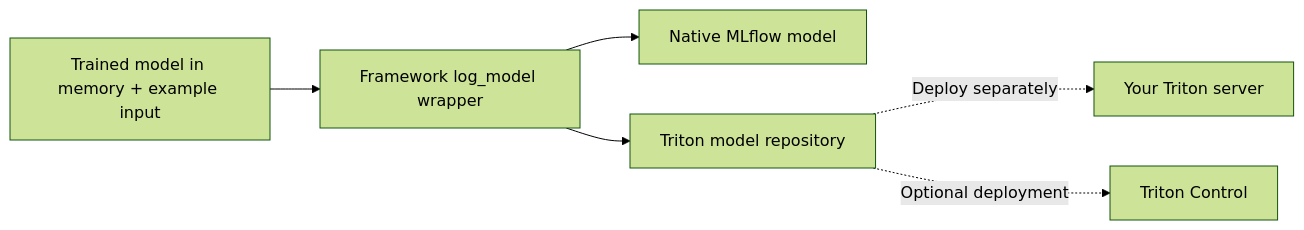
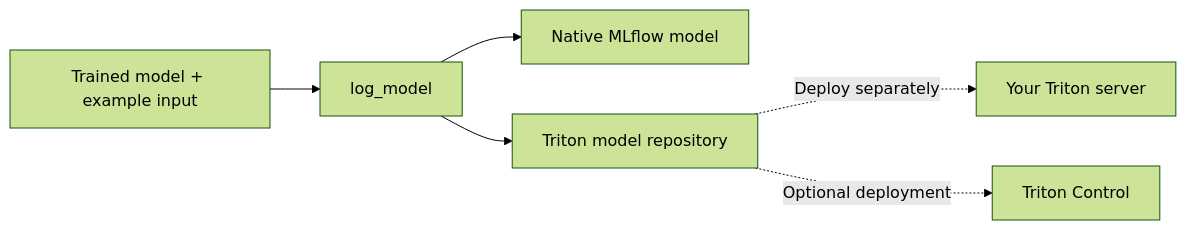
One commit to ai-lab-tech/mlflow-plugin changed the diagram in README.md. Above: the diagram before and after it, drawn with Mermaid (forest theme). The commit also changed other lines of this file, not shown here.

Commit message:
Refactor README for clarity on model logging and serving process

````diff
--- a/README.md
+++ b/README.md
@@ -25,8 +21,8 @@
 ```mermaid
 flowchart LR
-    A[Trained model in memory + example input] --> B[Framework log_model wrapper]
+    A[Trained model + example input] --> B[log_model]
     B --> C[Native MLflow model]
     B --> D[Triton model repository]
     D -. Deploy separately .-> E[Your Triton server]
     D -. Optional deployment .-> F[Triton Control]
 ```
````
